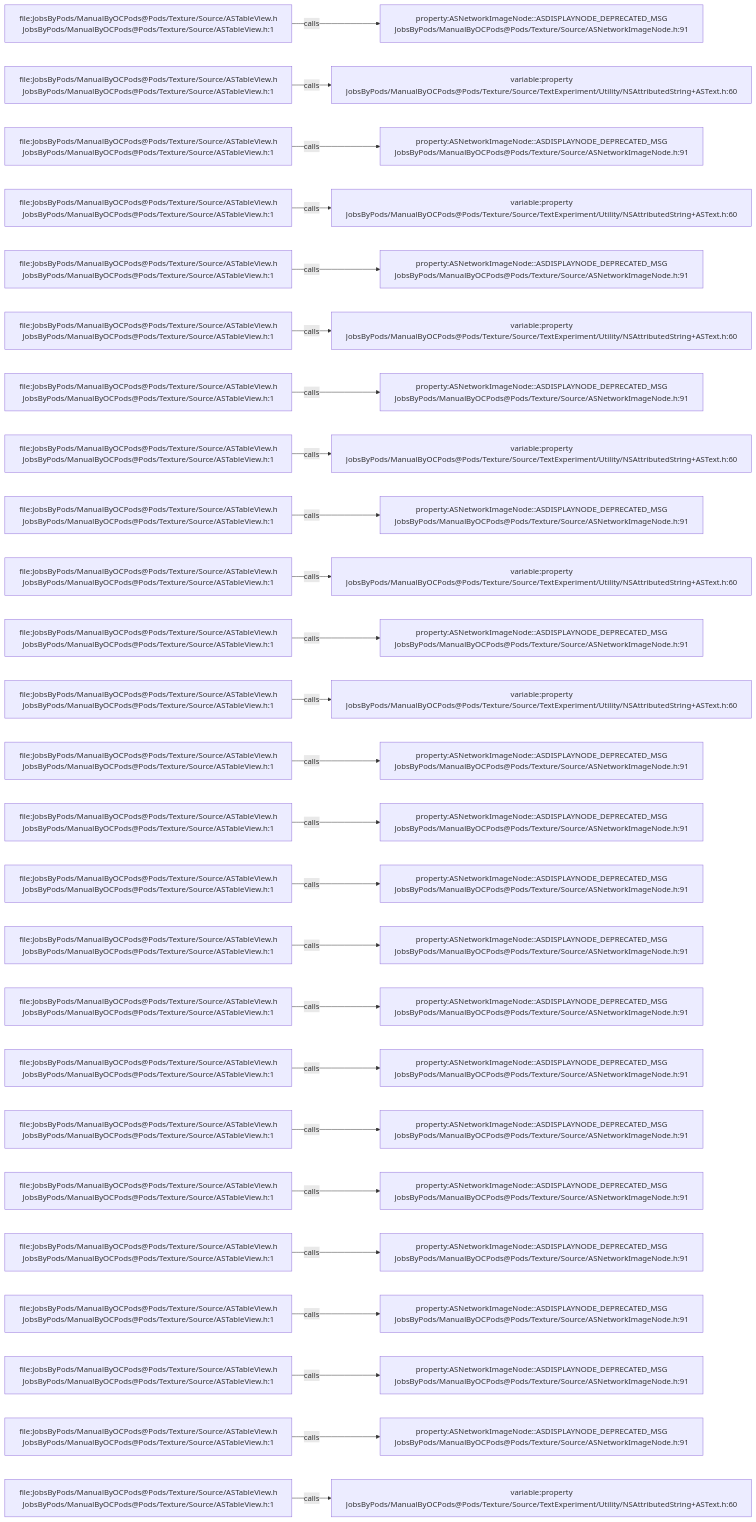
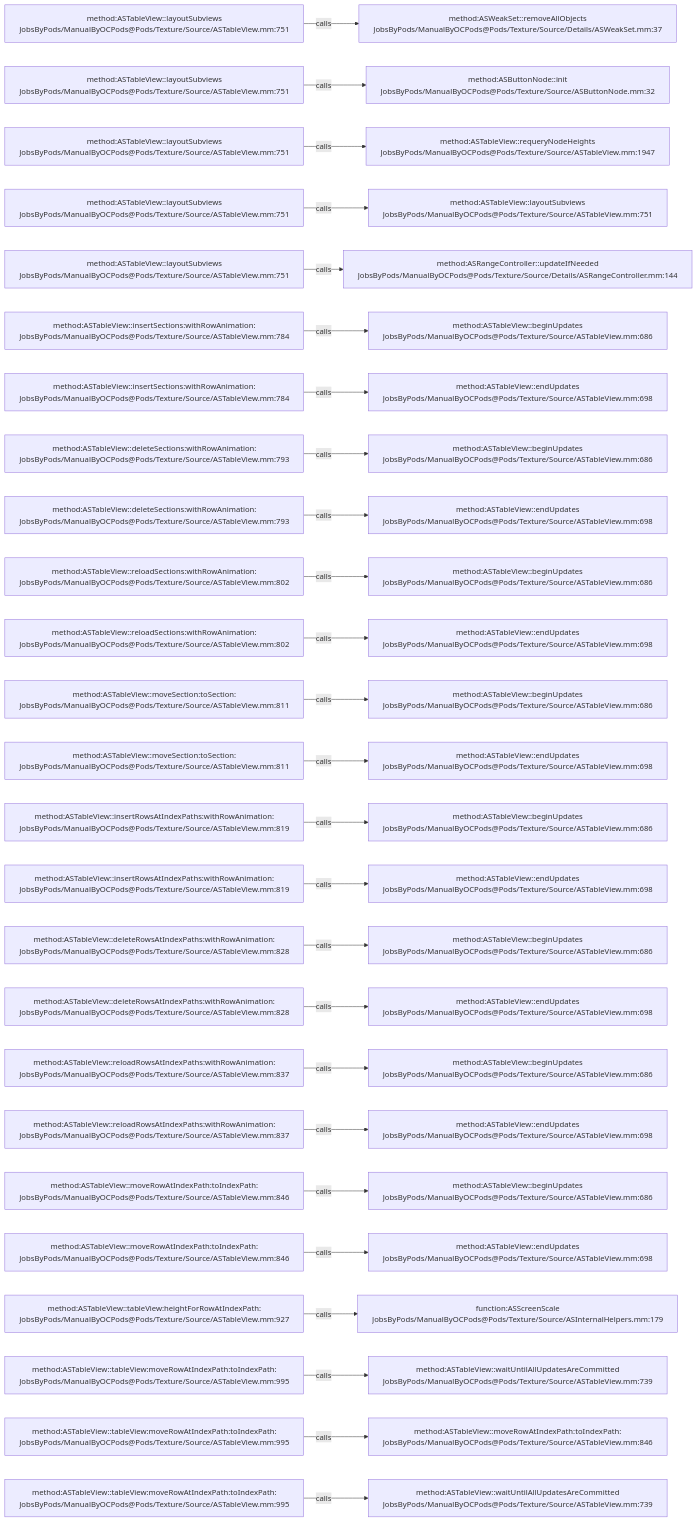
One commit to JobsKits/JobsOCBaseConfigDemo changed the diagram in .codegraph/codegraph.md/graphs/calls-126.md. Above: the diagram before and after it, drawn with Mermaid. The commit also changed 1353 other files, not shown here.

````diff
--- a/.codegraph/codegraph.md/graphs/calls-126.md
+++ b/.codegraph/codegraph.md/graphs/calls-126.md
@@ -13,78 +13,78 @@
 ```mermaid
 flowchart LR
-  S1["file:JobsByPods/ManualByOCPods@Pods/Texture/Source/ASTableView.h<br/>JobsByPods/ManualByOCPods@Pods/Texture/Source/ASTableView.h:1"]
-  T1["property:ASNetworkImageNode::ASDISPLAYNODE_DEPRECATED_MSG<br/>JobsByPods/ManualByOCPods@Pods/Texture/Source/ASNetworkImageNode.h:91"]
+  S1["method:ASTableView::layoutSubviews<br/>JobsByPods/ManualByOCPods@Pods/Texture/Source/ASTableView.mm:751"]
+  T1["method:ASWeakSet::removeAllObjects<br/>JobsByPods/ManualByOCPods@Pods/Texture/Source/Details/ASWeakSet.mm:37"]
   S1 -->|calls| T1
-  S2["file:JobsByPods/ManualByOCPods@Pods/Texture/Source/ASTableView.h<br/>JobsByPods/ManualByOCPods@Pods/Texture/Source/ASTableView.h:1"]
-  T2["variable:property<br/>JobsByPods/ManualByOCPods@Pods/Texture/Source/TextExperiment/Utility/NSAttributedString+ASText.h:60"]
+  S2["method:ASTableView::layoutSubviews<br/>JobsByPods/ManualByOCPods@Pods/Texture/Source/ASTableView.mm:751"]
+  T2["method:ASButtonNode::init<br/>JobsByPods/ManualByOCPods@Pods/Texture/Source/ASButtonNode.mm:32"]
   S2 -->|calls| T2
-  S3["file:JobsByPods/ManualByOCPods@Pods/Texture/Source/ASTableView.h<br/>JobsByPods/ManualByOCPods@Pods/Texture/Source/ASTableView.h:1"]
-  T3["property:ASNetworkImageNode::ASDISPLAYNODE_DEPRECATED_MSG<br/>JobsByPods/ManualByOCPods@Pods/Texture/Source/ASNetworkImageNode.h:91"]
+  S3["method:ASTableView::layoutSubviews<br/>JobsByPods/ManualByOCPods@Pods/Texture/Source/ASTableView.mm:751"]
+  T3["method:ASTableView::requeryNodeHeights<br/>JobsByPods/ManualByOCPods@Pods/Texture/Source/ASTableView.mm:1947"]
   S3 -->|calls| T3
-  S4["file:JobsByPods/ManualByOCPods@Pods/Texture/Source/ASTableView.h<br/>JobsByPods/ManualByOCPods@Pods/Texture/Source/ASTableView.h:1"]
-  T4["variable:property<br/>JobsByPods/ManualByOCPods@Pods/Texture/Source/TextExperiment/Utility/NSAttributedString+ASText.h:60"]
+  S4["method:ASTableView::layoutSubviews<br/>JobsByPods/ManualByOCPods@Pods/Texture/Source/ASTableView.mm:751"]
+  T4["method:ASTableView::layoutSubviews<br/>JobsByPods/ManualByOCPods@Pods/Texture/Source/ASTableView.mm:751"]
   S4 -->|calls| T4
-  S5["file:JobsByPods/ManualByOCPods@Pods/Texture/Source/ASTableView.h<br/>JobsByPods/ManualByOCPods@Pods/Texture/Source/ASTableView.h:1"]
-  T5["property:ASNetworkImageNode::ASDISPLAYNODE_DEPRECATED_MSG<br/>JobsByPods/ManualByOCPods@Pods/Texture/Source/ASNetworkImageNode.h:91"]
+  S5["method:ASTableView::layoutSubviews<br/>JobsByPods/ManualByOCPods@Pods/Texture/Source/ASTableView.mm:751"]
+  T5["method:ASRangeController::updateIfNeeded<br/>JobsByPods/ManualByOCPods@Pods/Texture/Source/Details/ASRangeController.mm:144"]
   S5 -->|calls| T5
-  S6["file:JobsByPods/ManualByOCPods@Pods/Texture/Source/ASTableView.h<br/>JobsByPods/ManualByOCPods@Pods/Texture/Source/ASTableView.h:1"]
-  T6["variable:property<br/>JobsByPods/ManualByOCPods@Pods/Texture/Source/TextExperiment/Utility/NSAttributedString+ASText.h:60"]
+  S6["method:ASTableView::insertSections:withRowAnimation:<br/>JobsByPods/ManualByOCPods@Pods/Texture/Source/ASTableView.mm:784"]
+  T6["method:ASTableView::beginUpdates<br/>JobsByPods/ManualByOCPods@Pods/Texture/Source/ASTableView.mm:686"]
   S6 -->|calls| T6
-  S7["file:JobsByPods/ManualByOCPods@Pods/Texture/Source/ASTableView.h<br/>JobsByPods/ManualByOCPods@Pods/Texture/Source/ASTableView.h:1"]
-  T7["property:ASNetworkImageNode::ASDISPLAYNODE_DEPRECATED_MSG<br/>JobsByPods/ManualByOCPods@Pods/Texture/Source/ASNetworkImageNode.h:91"]
+  S7["method:ASTableView::insertSections:withRowAnimation:<br/>JobsByPods/ManualByOCPods@Pods/Texture/Source/ASTableView.mm:784"]
+  T7["method:ASTableView::endUpdates<br/>JobsByPods/ManualByOCPods@Pods/Texture/Source/ASTableView.mm:698"]
   S7 -->|calls| T7
-  S8["file:JobsByPods/ManualByOCPods@Pods/Texture/Source/ASTableView.h<br/>JobsByPods/ManualByOCPods@Pods/Texture/Source/ASTableView.h:1"]
-  T8["variable:property<br/>JobsByPods/ManualByOCPods@Pods/Texture/Source/TextExperiment/Utility/NSAttributedString+ASText.h:60"]
+  S8["method:ASTableView::deleteSections:withRowAnimation:<br/>JobsByPods/ManualByOCPods@Pods/Texture/Source/ASTableView.mm:793"]
+  T8["method:ASTableView::beginUpdates<br/>JobsByPods/ManualByOCPods@Pods/Texture/Source/ASTableView.mm:686"]
   S8 -->|calls| T8
-  S9["file:JobsByPods/ManualByOCPods@Pods/Texture/Source/ASTableView.h<br/>JobsByPods/ManualByOCPods@Pods/Texture/Source/ASTableView.h:1"]
-  T9["property:ASNetworkImageNode::ASDISPLAYNODE_DEPRECATED_MSG<br/>JobsByPods/ManualByOCPods@Pods/Texture/Source/ASNetworkImageNode.h:91"]
+  S9["method:ASTableView::deleteSections:withRowAnimation:<br/>JobsByPods/ManualByOCPods@Pods/Texture/Source/ASTableView.mm:793"]
+  T9["method:ASTableView::endUpdates<br/>JobsByPods/ManualByOCPods@Pods/Texture/Source/ASTableView.mm:698"]
   S9 -->|calls| T9
-  S10["file:JobsByPods/ManualByOCPods@Pods/Texture/Source/ASTableView.h<br/>JobsByPods/ManualByOCPods@Pods/Texture/Source/ASTableView.h:1"]
-  T10["variable:property<br/>JobsByPods/ManualByOCPods@Pods/Texture/Source/TextExperiment/Utility/NSAttributedString+ASText.h:60"]
+  S10["method:ASTableView::reloadSections:withRowAnimation:<br/>JobsByPods/ManualByOCPods@Pods/Texture/Source/ASTableView.mm:802"]
+  T10["method:ASTableView::beginUpdates<br/>JobsByPods/ManualByOCPods@Pods/Texture/Source/ASTableView.mm:686"]
   S10 -->|calls| T10
-  S11["file:JobsByPods/ManualByOCPods@Pods/Texture/Source/ASTableView.h<br/>JobsByPods/ManualByOCPods@Pods/Texture/Source/ASTableView.h:1"]
-  T11["property:ASNetworkImageNode::ASDISPLAYNODE_DEPRECATED_MSG<br/>JobsByPods/ManualByOCPods@Pods/Texture/Source/ASNetworkImageNode.h:91"]
+  S11["method:ASTableView::reloadSections:withRowAnimation:<br/>JobsByPods/ManualByOCPods@Pods/Texture/Source/ASTableView.mm:802"]
+  T11["method:ASTableView::endUpdates<br/>JobsByPods/ManualByOCPods@Pods/Texture/Source/ASTableView.mm:698"]
   S11 -->|calls| T11
-  S12["file:JobsByPods/ManualByOCPods@Pods/Texture/Source/ASTableView.h<br/>JobsByPods/ManualByOCPods@Pods/Texture/Source/ASTableView.h:1"]
-  T12["variable:property<br/>JobsByPods/ManualByOCPods@Pods/Texture/Source/TextExperiment/Utility/NSAttributedString+ASText.h:60"]
+  S12["method:ASTableView::moveSection:toSection:<br/>JobsByPods/ManualByOCPods@Pods/Texture/Source/ASTableView.mm:811"]
+  T12["method:ASTableView::beginUpdates<br/>JobsByPods/ManualByOCPods@Pods/Texture/Source/ASTableView.mm:686"]
   S12 -->|calls| T12
-  S13["file:JobsByPods/ManualByOCPods@Pods/Texture/Source/ASTableView.h<br/>JobsByPods/ManualByOCPods@Pods/Texture/Source/ASTableView.h:1"]
-  T13["property:ASNetworkImageNode::ASDISPLAYNODE_DEPRECATED_MSG<br/>JobsByPods/ManualByOCPods@Pods/Texture/Source/ASNetworkImageNode.h:91"]
+  S13["method:ASTableView::moveSection:toSection:<br/>JobsByPods/ManualByOCPods@Pods/Texture/Source/ASTableView.mm:811"]
+  T13["method:ASTableView::endUpdates<br/>JobsByPods/ManualByOCPods@Pods/Texture/Source/ASTableView.mm:698"]
   S13 -->|calls| T13
-  S14["file:JobsByPods/ManualByOCPods@Pods/Texture/Source/ASTableView.h<br/>JobsByPods/ManualByOCPods@Pods/Texture/Source/ASTableView.h:1"]
-  T14["property:ASNetworkImageNode::ASDISPLAYNODE_DEPRECATED_MSG<br/>JobsByPods/ManualByOCPods@Pods/Texture/Source/ASNetworkImageNode.h:91"]
+  S14["method:ASTableView::insertRowsAtIndexPaths:withRowAnimation:<br/>JobsByPods/ManualByOCPods@Pods/Texture/Source/ASTableView.mm:819"]
+  T14["method:ASTableView::beginUpdates<br/>JobsByPods/ManualByOCPods@Pods/Texture/Source/ASTableView.mm:686"]
   S14 -->|calls| T14
-  S15["file:JobsByPods/ManualByOCPods@Pods/Texture/Source/ASTableView.h<br/>JobsByPods/ManualByOCPods@Pods/Texture/Source/ASTableView.h:1"]
-  T15["property:ASNetworkImageNode::ASDISPLAYNODE_DEPRECATED_MSG<br/>JobsByPods/ManualByOCPods@Pods/Texture/Source/ASNetworkImageNode.h:91"]
+  S15["method:ASTableView::insertRowsAtIndexPaths:withRowAnimation:<br/>JobsByPods/ManualByOCPods@Pods/Texture/Source/ASTableView.mm:819"]
+  T15["method:ASTableView::endUpdates<br/>JobsByPods/ManualByOCPods@Pods/Texture/Source/ASTableView.mm:698"]
   S15 -->|calls| T15
-  S16["file:JobsByPods/ManualByOCPods@Pods/Texture/Source/ASTableView.h<br/>JobsByPods/ManualByOCPods@Pods/Texture/Source/ASTableView.h:1"]
-  T16["property:ASNetworkImageNode::ASDISPLAYNODE_DEPRECATED_MSG<br/>JobsByPods/ManualByOCPods@Pods/Texture/Source/ASNetworkImageNode.h:91"]
+  S16["method:ASTableView::deleteRowsAtIndexPaths:withRowAnimation:<br/>JobsByPods/ManualByOCPods@Pods/Texture/Source/ASTableView.mm:828"]
+  T16["method:ASTableView::beginUpdates<br/>JobsByPods/ManualByOCPods@Pods/Texture/Source/ASTableView.mm:686"]
   S16 -->|calls| T16
-  S17["file:JobsByPods/ManualByOCPods@Pods/Texture/Source/ASTableView.h<br/>JobsByPods/ManualByOCPods@Pods/Texture/Source/ASTableView.h:1"]
-  T17["property:ASNetworkImageNode::ASDISPLAYNODE_DEPRECATED_MSG<br/>JobsByPods/ManualByOCPods@Pods/Texture/Source/ASNetworkImageNode.h:91"]
+  S17["method:ASTableView::deleteRowsAtIndexPaths:withRowAnimation:<br/>JobsByPods/ManualByOCPods@Pods/Texture/Source/ASTableView.mm:828"]
+  T17["method:ASTableView::endUpdates<br/>JobsByPods/ManualByOCPods@Pods/Texture/Source/ASTableView.mm:698"]
   S17 -->|calls| T17
-  S18["file:JobsByPods/ManualByOCPods@Pods/Texture/Source/ASTableView.h<br/>JobsByPods/ManualByOCPods@Pods/Texture/Source/ASTableView.h:1"]
-  T18["property:ASNetworkImageNode::ASDISPLAYNODE_DEPRECATED_MSG<br/>JobsByPods/ManualByOCPods@Pods/Texture/Source/ASNetworkImageNode.h:91"]
+  S18["method:ASTableView::reloadRowsAtIndexPaths:withRowAnimation:<br/>JobsByPods/ManualByOCPods@Pods/Texture/Source/ASTableView.mm:837"]
+  T18["method:ASTableView::beginUpdates<br/>JobsByPods/ManualByOCPods@Pods/Texture/Source/ASTableView.mm:686"]
   S18 -->|calls| T18
-  S19["file:JobsByPods/ManualByOCPods@Pods/Texture/Source/ASTableView.h<br/>JobsByPods/ManualByOCPods@Pods/Texture/Source/ASTableView.h:1"]
-  T19["property:ASNetworkImageNode::ASDISPLAYNODE_DEPRECATED_MSG<br/>JobsByPods/ManualByOCPods@Pods/Texture/Source/ASNetworkImageNode.h:91"]
+  S19["method:ASTableView::reloadRowsAtIndexPaths:withRowAnimation:<br/>JobsByPods/ManualByOCPods@Pods/Texture/Source/ASTableView.mm:837"]
+  T19["method:ASTableView::endUpdates<br/>JobsByPods/ManualByOCPods@Pods/Texture/Source/ASTableView.mm:698"]
   S19 -->|calls| T19
-  S20["file:JobsByPods/ManualByOCPods@Pods/Texture/Source/ASTableView.h<br/>JobsByPods/ManualByOCPods@Pods/Texture/Source/ASTableView.h:1"]
-  T20["property:ASNetworkImageNode::ASDISPLAYNODE_DEPRECATED_MSG<br/>JobsByPods/ManualByOCPods@Pods/Texture/Source/ASNetworkImageNode.h:91"]
+  S20["method:ASTableView::moveRowAtIndexPath:toIndexPath:<br/>JobsByPods/ManualByOCPods@Pods/Texture/Source/ASTableView.mm:846"]
+  T20["method:ASTableView::beginUpdates<br/>JobsByPods/ManualByOCPods@Pods/Texture/Source/ASTableView.mm:686"]
   S20 -->|calls| T20
-  S21["file:JobsByPods/ManualByOCPods@Pods/Texture/Source/ASTableView.h<br/>JobsByPods/ManualByOCPods@Pods/Texture/Source/ASTableView.h:1"]
-  T21["property:ASNetworkImageNode::ASDISPLAYNODE_DEPRECATED_MSG<br/>JobsByPods/ManualByOCPods@Pods/Texture/Source/ASNetworkImageNode.h:91"]
+  S21["method:ASTableView::moveRowAtIndexPath:toIndexPath:<br/>JobsByPods/ManualByOCPods@Pods/Texture/Source/ASTableView.mm:846"]
+  T21["method:ASTableView::endUpdates<br/>JobsByPods/ManualByOCPods@Pods/Texture/Source/ASTableView.mm:698"]
   S21 -->|calls| T21
-  S22["file:JobsByPods/ManualByOCPods@Pods/Texture/Source/ASTableView.h<br/>JobsByPods/ManualByOCPods@Pods/Texture/Source/ASTableView.h:1"]
-  T22["property:ASNetworkImageNode::ASDISPLAYNODE_DEPRECATED_MSG<br/>JobsByPods/ManualByOCPods@Pods/Texture/Source/ASNetworkImageNode.h:91"]
+  S22["method:ASTableView::tableView:heightForRowAtIndexPath:<br/>JobsByPods/ManualByOCPods@Pods/Texture/Source/ASTableView.mm:927"]
+  T22["function:ASScreenScale<br/>JobsByPods/ManualByOCPods@Pods/Texture/Source/ASInternalHelpers.mm:179"]
   S22 -->|calls| T22
-  S23["file:JobsByPods/ManualByOCPods@Pods/Texture/Source/ASTableView.h<br/>JobsByPods/ManualByOCPods@Pods/Texture/Source/ASTableView.h:1"]
-  T23["property:ASNetworkImageNode::ASDISPLAYNODE_DEPRECATED_MSG<br/>JobsByPods/ManualByOCPods@Pods/Texture/Source/ASNetworkImageNode.h:91"]
+  S23["method:ASTableView::tableView:moveRowAtIndexPath:toIndexPath:<br/>JobsByPods/ManualByOCPods@Pods/Texture/Source/ASTableView.mm:995"]
+  T23["method:ASTableView::waitUntilAllUpdatesAreCommitted<br/>JobsByPods/ManualByOCPods@Pods/Texture/Source/ASTableView.mm:739"]
   S23 -->|calls| T23
-  S24["file:JobsByPods/ManualByOCPods@Pods/Texture/Source/ASTableView.h<br/>JobsByPods/ManualByOCPods@Pods/Texture/Source/ASTableView.h:1"]
-  T24["property:ASNetworkImageNode::ASDISPLAYNODE_DEPRECATED_MSG<br/>JobsByPods/ManualByOCPods@Pods/Texture/Source/ASNetworkImageNode.h:91"]
+  S24["method:ASTableView::tableView:moveRowAtIndexPath:toIndexPath:<br/>JobsByPods/ManualByOCPods@Pods/Texture/Source/ASTableView.mm:995"]
+  T24["method:ASTableView::moveRowAtIndexPath:toIndexPath:<br/>JobsByPods/ManualByOCPods@Pods/Texture/Source/ASTableView.mm:846"]
   S24 -->|calls| T24
-  S25["file:JobsByPods/ManualByOCPods@Pods/Texture/Source/ASTableView.h<br/>JobsByPods/ManualByOCPods@Pods/Texture/Source/ASTableView.h:1"]
-  T25["variable:property<br/>JobsByPods/ManualByOCPods@Pods/Texture/Source/TextExperiment/Utility/NSAttributedString+ASText.h:60"]
+  S25["method:ASTableView::tableView:moveRowAtIndexPath:toIndexPath:<br/>JobsByPods/ManualByOCPods@Pods/Texture/Source/ASTableView.mm:995"]
+  T25["method:ASTableView::waitUntilAllUpdatesAreCommitted<br/>JobsByPods/ManualByOCPods@Pods/Texture/Source/ASTableView.mm:739"]
   S25 -->|calls| T25
 ```
````
